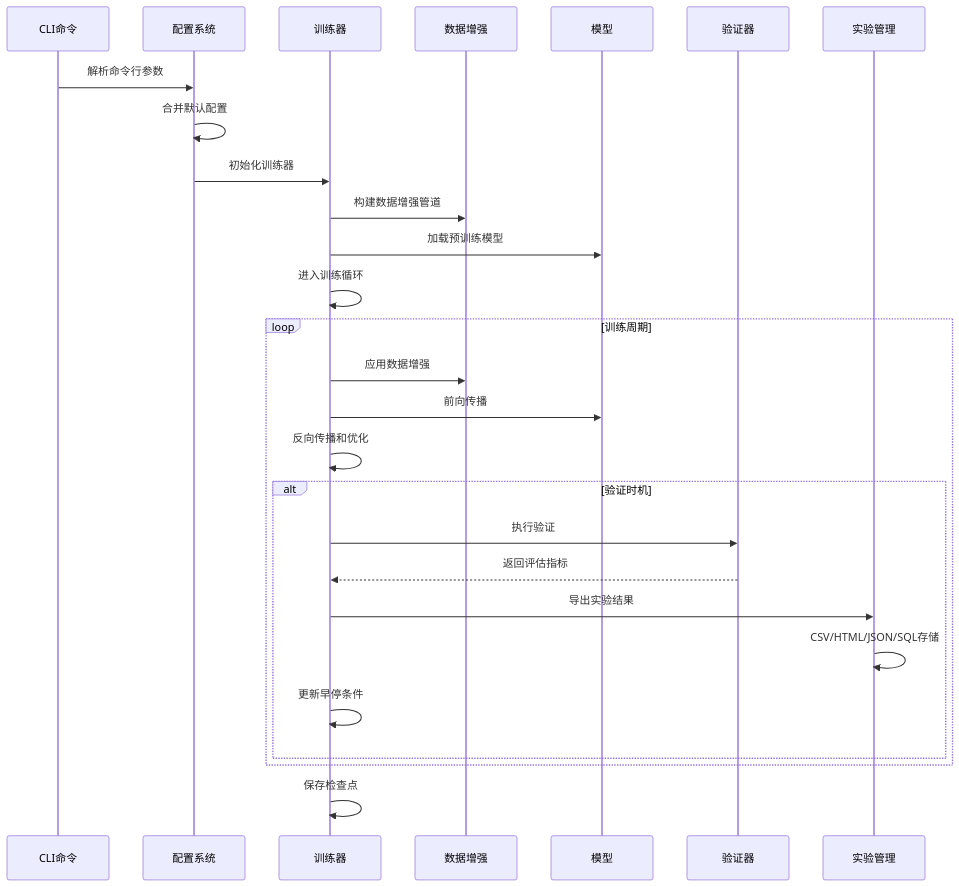
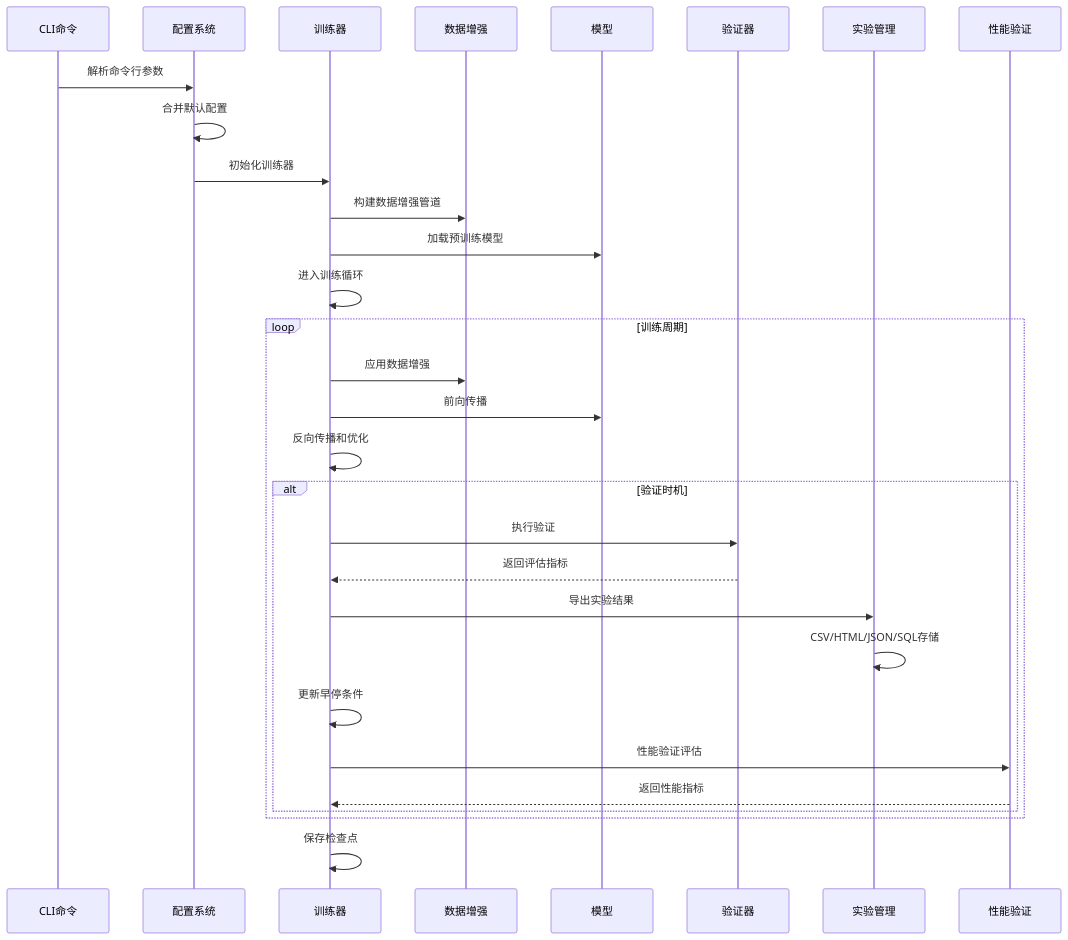
Before and after one commit to 2208754827/MM-IMPROVE: the second of 12 diagrams in .qoder/repowiki/zh/content/模型配置与管理/训练配置管理/训练配置管理.md, drawn with Mermaid. The commit also changed other lines of this file and 151 other files, not shown here.

````diff
--- a/.qoder/repowiki/zh/content/模型配置与管理/训练配置管理/训练配置管理.md
+++ b/.qoder/repowiki/zh/content/模型配置与管理/训练配置管理/训练配置管理.md
@@ -176,29 +195,32 @@
 ```mermaid
 sequenceDiagram
 participant CLI as CLI命令
 participant CFG as 配置系统
 participant TRAINER as 训练器
 participant DATA as 数据增强
 participant MODEL as 模型
 participant VALIDATOR as 验证器
 participant RESULT as 实验管理
+participant PERF_VAL as 性能验证
 CLI->>CFG : 解析命令行参数
 CFG->>CFG : 合并默认配置
 CFG->>TRAINER : 初始化训练器
 TRAINER->>DATA : 构建数据增强管道
 TRAINER->>MODEL : 加载预训练模型
 TRAINER->>TRAINER : 进入训练循环
 loop 训练周期
 TRAINER->>DATA : 应用数据增强
 TRAINER->>MODEL : 前向传播
 TRAINER->>TRAINER : 反向传播和优化
 alt 验证时机
 TRAINER->>VALIDATOR : 执行验证
 VALIDATOR-->>TRAINER : 返回评估指标
 TRAINER->>RESULT : 导出实验结果
 RESULT->>RESULT : CSV/HTML/JSON/SQL存储
 TRAINER->>TRAINER : 更新早停条件
+TRAINER->>PERF_VAL : 性能验证评估
+PERF_VAL-->>TRAINER : 返回性能指标
 end
 end
 TRAINER->>TRAINER : 保存检查点
 ```
````
